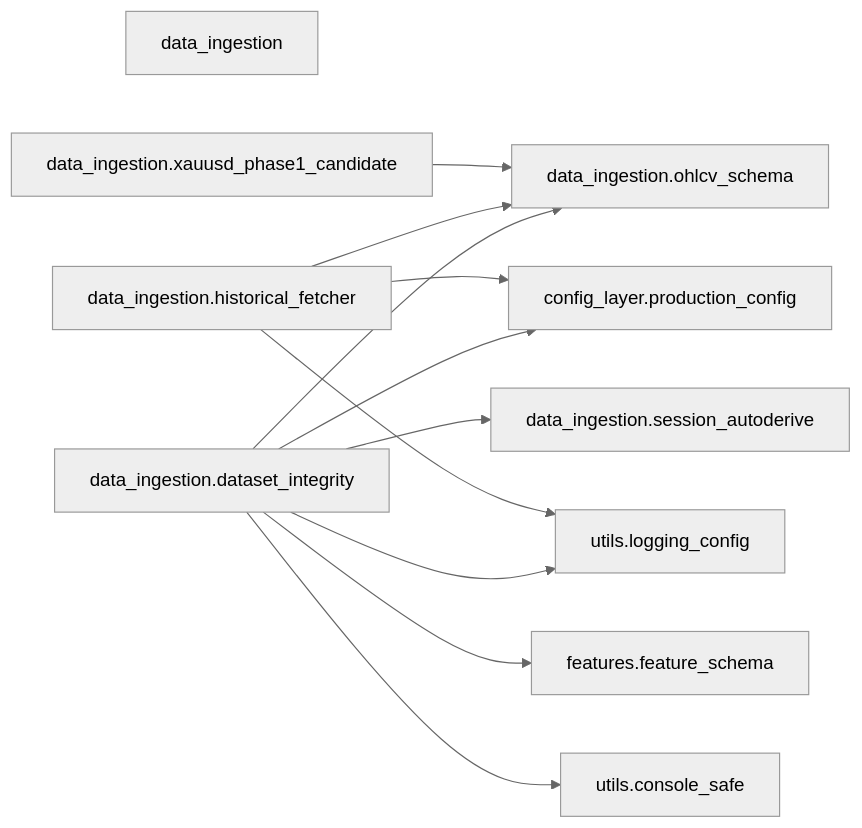
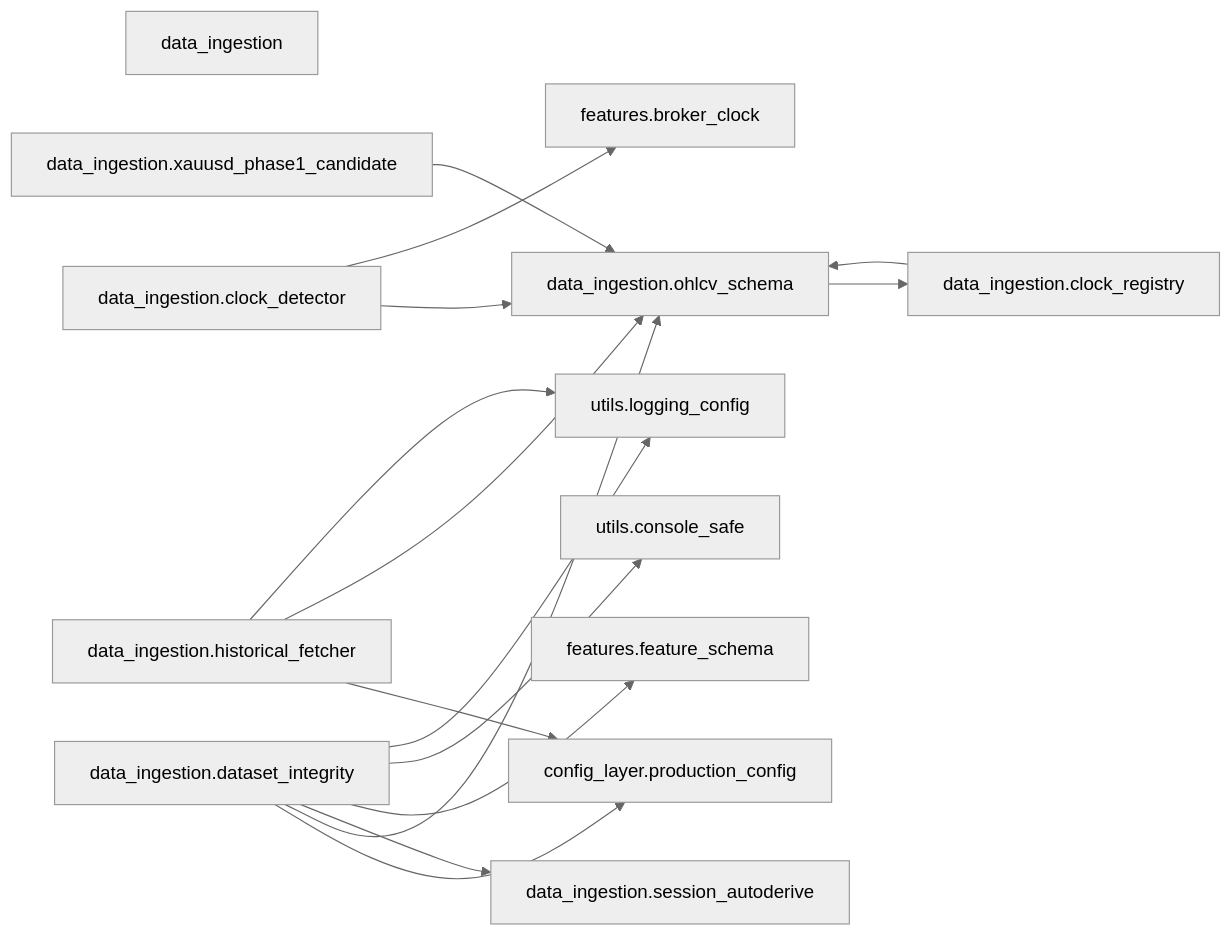
One commit to Chaithu1995-0312/TradeHlt changed the ninth of 39 diagrams in docs/architecture/code-map.generated.md. Above: the diagram before and after it, drawn with Mermaid (neutral theme). The commit also changed other lines of this file and 4 other files, not shown here.

````diff
--- a/docs/architecture/code-map.generated.md
+++ b/docs/architecture/code-map.generated.md
@@ -675,23 +695,30 @@
 ```mermaid
 flowchart LR
     data_ingestion["data_ingestion"]
+    data_ingestion_clock_detector["data_ingestion.clock_detector"]
+    data_ingestion_clock_registry["data_ingestion.clock_registry"]
     data_ingestion_dataset_integrity["data_ingestion.dataset_integrity"]
     data_ingestion_historical_fetcher["data_ingestion.historical_fetcher"]
     data_ingestion_ohlcv_schema["data_ingestion.ohlcv_schema"]
     data_ingestion_session_autoderive["data_ingestion.session_autoderive"]
     data_ingestion_xauusd_phase1_candidate["data_ingestion.xauusd_phase1_candidate"]
     config_layer_production_config["config_layer.production_config"]
+    features_broker_clock["features.broker_clock"]
     features_feature_schema["features.feature_schema"]
     utils_console_safe["utils.console_safe"]
     utils_logging_config["utils.logging_config"]
+    data_ingestion_clock_detector --> data_ingestion_ohlcv_schema
+    data_ingestion_clock_detector --> features_broker_clock
+    data_ingestion_clock_registry --> data_ingestion_ohlcv_schema
     data_ingestion_dataset_integrity --> config_layer_production_config
     data_ingestion_dataset_integrity --> data_ingestion_ohlcv_schema
     data_ingestion_dataset_integrity --> data_ingestion_session_autoderive
     data_ingestion_dataset_integrity --> features_feature_schema
     data_ingestion_dataset_integrity --> utils_console_safe
     data_ingestion_dataset_integrity --> utils_logging_config
     data_ingestion_historical_fetcher --> config_layer_production_config
     data_ingestion_historical_fetcher --> data_ingestion_ohlcv_schema
     data_ingestion_historical_fetcher --> utils_logging_config
+    data_ingestion_ohlcv_schema --> data_ingestion_clock_registry
     data_ingestion_xauusd_phase1_candidate --> data_ingestion_ohlcv_schema
 ```
````
